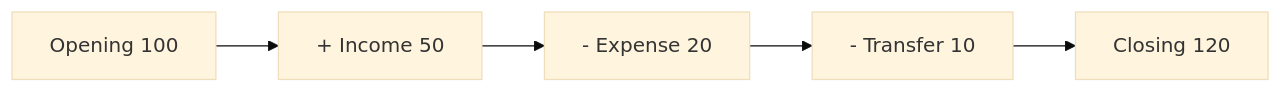
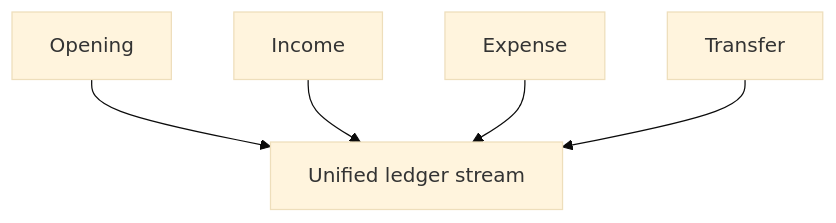
One commit to tks18/personal-finance-etl changed the second of 4 diagrams in docs/finance/cashflow-and-wealth.md. Above: the diagram before and after it, drawn with Mermaid (base theme). The commit also changed other lines of this file and 11 other files, not shown here.

````diff
--- a/docs/finance/cashflow-and-wealth.md
+++ b/docs/finance/cashflow-and-wealth.md
@@ -383,7 +116,13 @@
 ```mermaid
-flowchart LR
-    O[Opening 100] --> I[+ Income 50]
-    I --> E[- Expense 20]
-    E --> T[- Transfer 10]
-    T --> C[Closing 120]
+flowchart TD
+    O["Opening"]
+    I["Income"]
+    E["Expense"]
+    T["Transfer"]
+    U["Unified ledger stream"]
+
+    O --> U
+    I --> U
+    E --> U
+    T --> U
 ```
````
